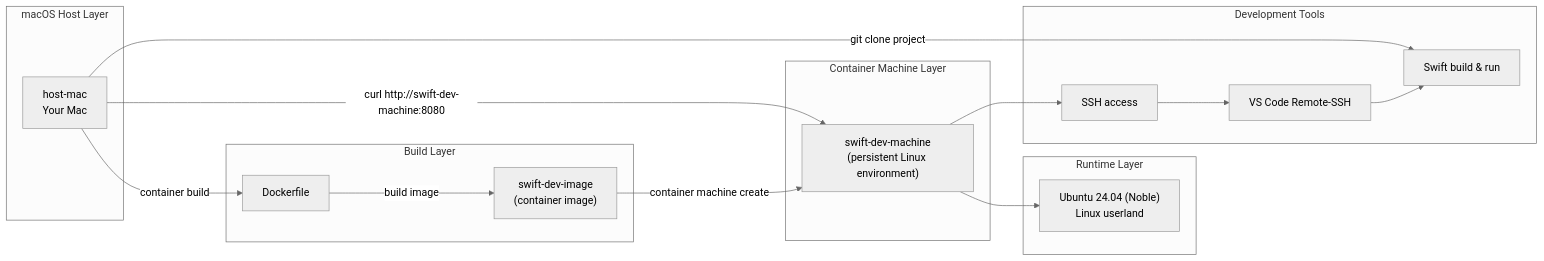
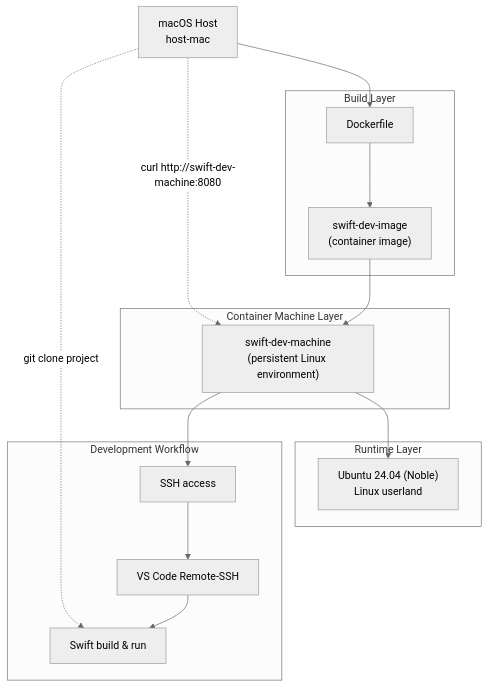
Before and after one commit to NathanStrik/apple-container-machine-swift-dev-demo: the diagram in README.md, drawn with Mermaid (neutral theme).

Commit message:
Changed diagram layout to vertical

````diff
--- a/README.md
+++ b/README.md
@@ -28,48 +28,58 @@
 ```mermaid
-flowchart LR
+flowchart TD
 
 %% =========================
-%% LAYERS
+%% LAYER 0 - MAC HOST
 %% =========================
+A["macOS Host<br/>host-mac"]
 
-subgraph L0["macOS Host Layer"]
-    A["host-mac<br/>Your Mac"]
-end
-
+%% =========================
+%% LAYER 1 - BUILD
+%% =========================
 subgraph L1["Build Layer"]
     B["Dockerfile"]
     C["swift-dev-image<br/>(container image)"]
 end
 
+%% =========================
+%% LAYER 2 - MACHINE
+%% =========================
 subgraph L2["Container Machine Layer"]
     D["swift-dev-machine<br/>(persistent Linux environment)"]
 end
 
+%% =========================
+%% LAYER 3 - RUNTIME
+%% =========================
 subgraph L3["Runtime Layer"]
     E["Ubuntu 24.04 (Noble)<br/>Linux userland"]
 end
 
-subgraph L4["Development Tools"]
+%% =========================
+%% LAYER 4 - DEV TOOLS
+%% =========================
+subgraph L4["Development Workflow"]
     F["SSH access"]
     G["VS Code Remote-SSH"]
     H["Swift build & run"]
 end
 
 %% =========================
-%% FLOW
+%% MAIN PIPELINE (VERTICAL)
 %% =========================
 
-A -->|container build| B
-B -->|build image| C
-C -->|container machine create| D
-D --> E
+A --> B --> C --> D --> E
+
+%% =========================
+%% DEVELOPMENT FLOW
+%% =========================
 
 D --> F --> G --> H
 
 %% =========================
-%% OPTIONAL HOST INTERACTION
+%% OPTIONAL HOST ACTIONS
 %% =========================
 
-A -->|git clone project| H
-A -->|curl http://swift-dev-machine:8080| D
+A -. "git clone project" .-> H
+A -. "curl http://swift-dev-machine:8080" .-> D
 ```
````
